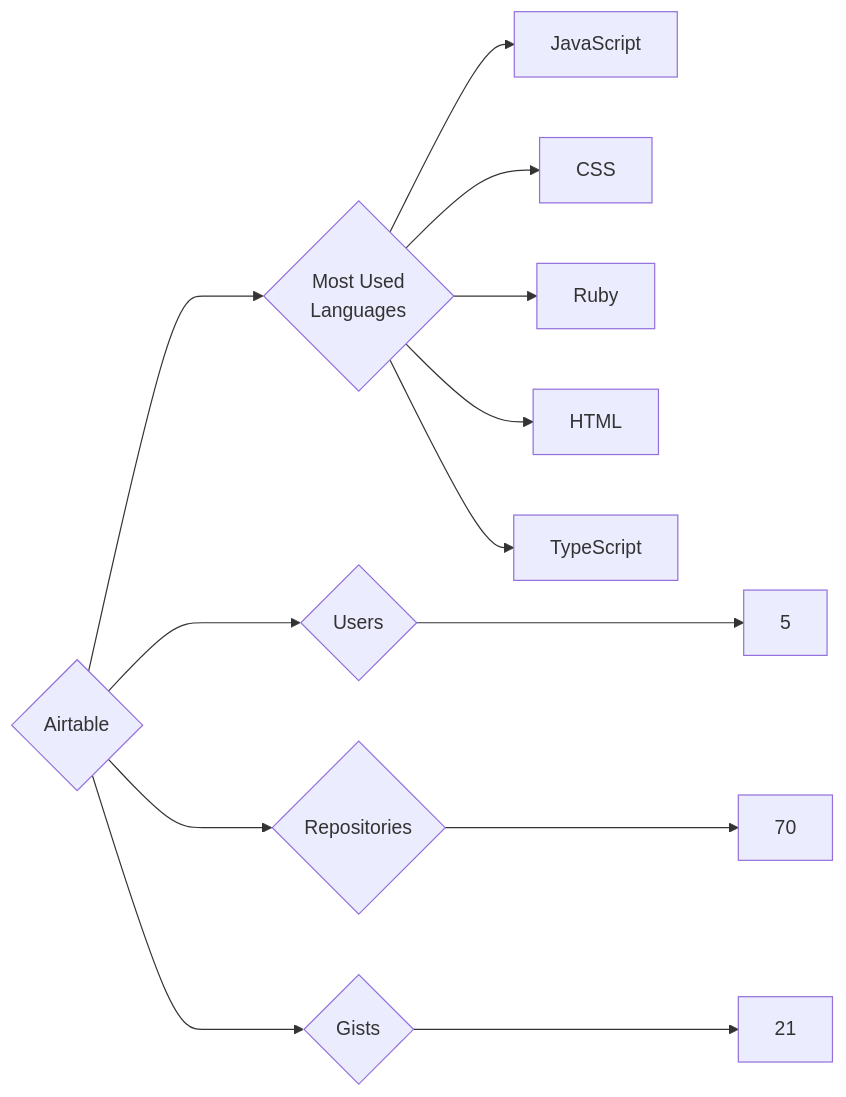
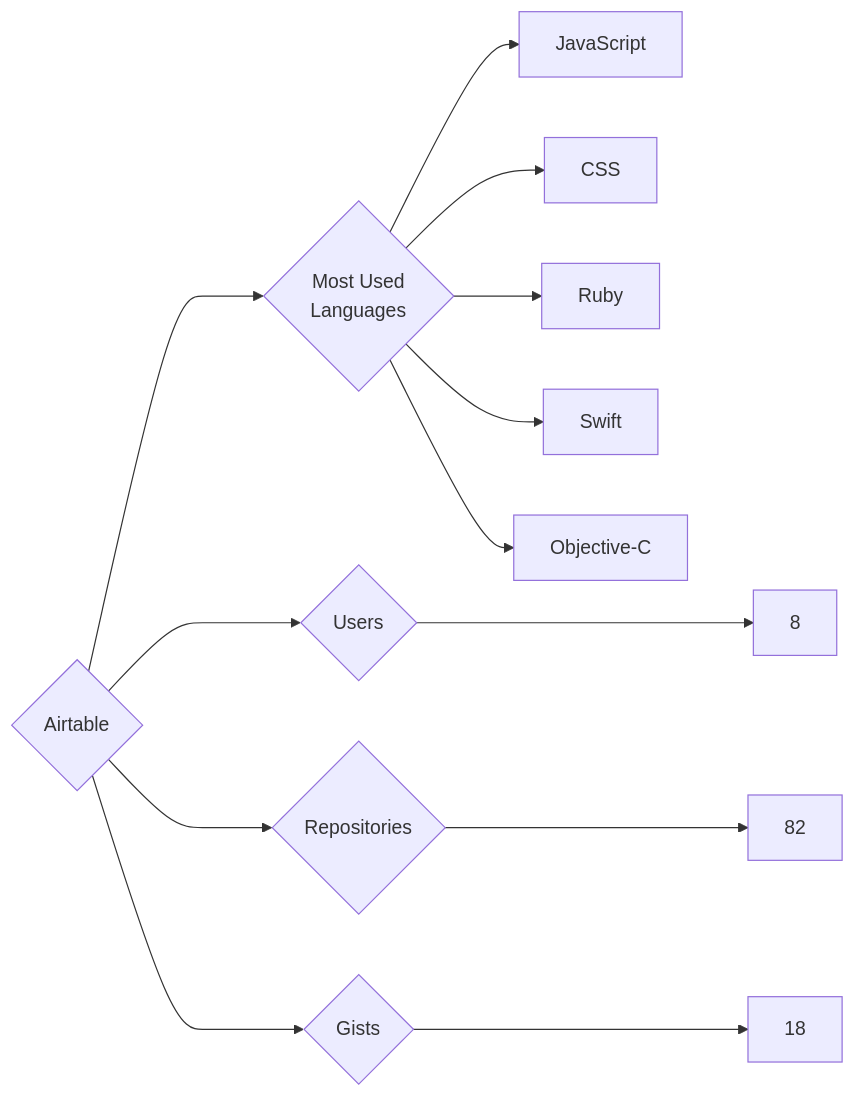
One commit to trickest/insiders changed the diagram in targets/Airtable/README.md. Above: the diagram before and after it, drawn with Mermaid. The commit also changed 1036 other files, not shown here.

````diff
--- a/targets/Airtable/README.md
+++ b/targets/Airtable/README.md
@@ -3,13 +3,13 @@
 ```mermaid
 graph LR
 COMPANY_NAME{Airtable}
-COMPANY_NAME ---> U{Users} ---> UN[5]
-COMPANY_NAME ---> R{Repositories} ---> RN[70]
-COMPANY_NAME ---> G{Gists} ---> GN[21]
+COMPANY_NAME ---> U{Users} ---> UN[8]
+COMPANY_NAME ---> R{Repositories} ---> RN[82]
+COMPANY_NAME ---> G{Gists} ---> GN[18]
 COMPANY_NAME ---> ML{Most Used<br>Languages}
 ML --> JavaScript[JavaScript]
 ML --> CSS[CSS]
 ML --> Ruby[Ruby]
-ML --> HTML[HTML]
-ML --> TypeScript[TypeScript]
+ML --> Swift[Swift]
+ML --> Objective-C[Objective-C]
 ```
````
